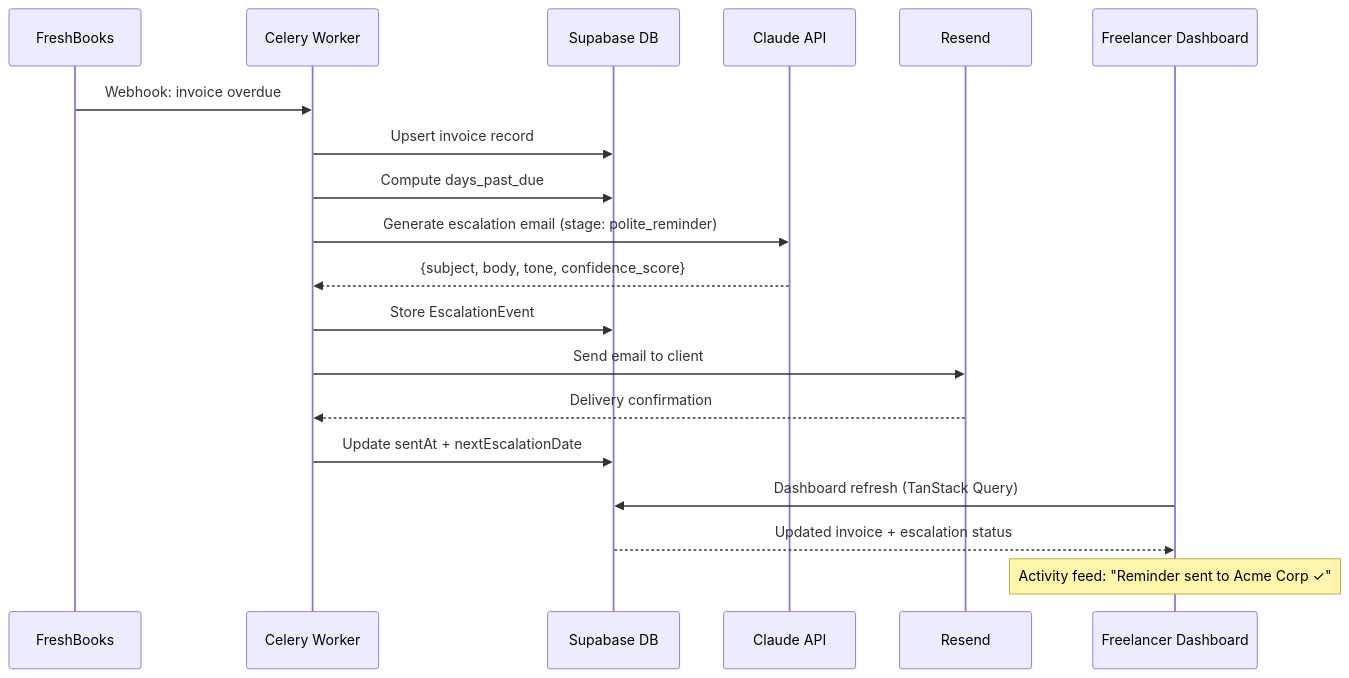
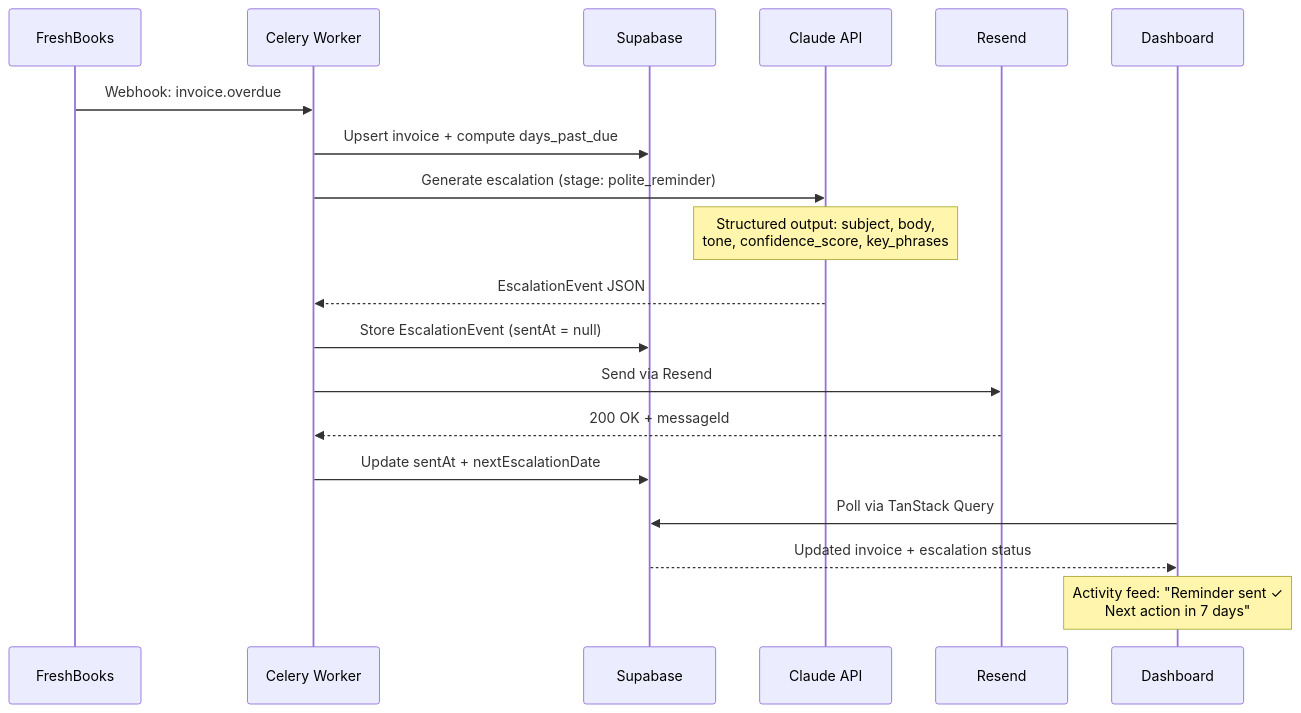
Before and after one commit to RudrenduPaul/freelancer-payment-protection: the second of 2 diagrams in README.md, drawn with Mermaid. The commit also changed other lines of this file, not shown here.

````diff
--- a/README.md
+++ b/README.md
@@ -279,22 +411,22 @@
 ```mermaid
 sequenceDiagram
     participant FB as FreshBooks
     participant W as Celery Worker
-    participant DB as Supabase DB
+    participant DB as Supabase
     participant AI as Claude API
     participant Email as Resend
-    participant UI as Freelancer Dashboard
+    participant FE as Dashboard
 
-    FB->>W: Webhook: invoice overdue
-    W->>DB: Upsert invoice record
-    W->>DB: Compute days_past_due
-    W->>AI: Generate escalation email (stage: polite_reminder)
-    AI-->>W: {subject, body, tone, confidence_score}
-    W->>DB: Store EscalationEvent
-    W->>Email: Send email to client
-    Email-->>W: Delivery confirmation
+    FB->>W: Webhook: invoice.overdue
+    W->>DB: Upsert invoice + compute days_past_due
+    W->>AI: Generate escalation (stage: polite_reminder)
+    Note over AI: Structured output: subject, body,<br/>tone, confidence_score, key_phrases
+    AI-->>W: EscalationEvent JSON
+    W->>DB: Store EscalationEvent (sentAt = null)
+    W->>Email: Send via Resend
+    Email-->>W: 200 OK + messageId
     W->>DB: Update sentAt + nextEscalationDate
-    UI->>DB: Dashboard refresh (TanStack Query)
-    DB-->>UI: Updated invoice + escalation status
-    Note over UI: Activity feed: "Reminder sent to Acme Corp ✓"
+    FE->>DB: Poll via TanStack Query
+    DB-->>FE: Updated invoice + escalation status
+    Note over FE: Activity feed: "Reminder sent ✓<br/>Next action in 7 days"
 ```
````
